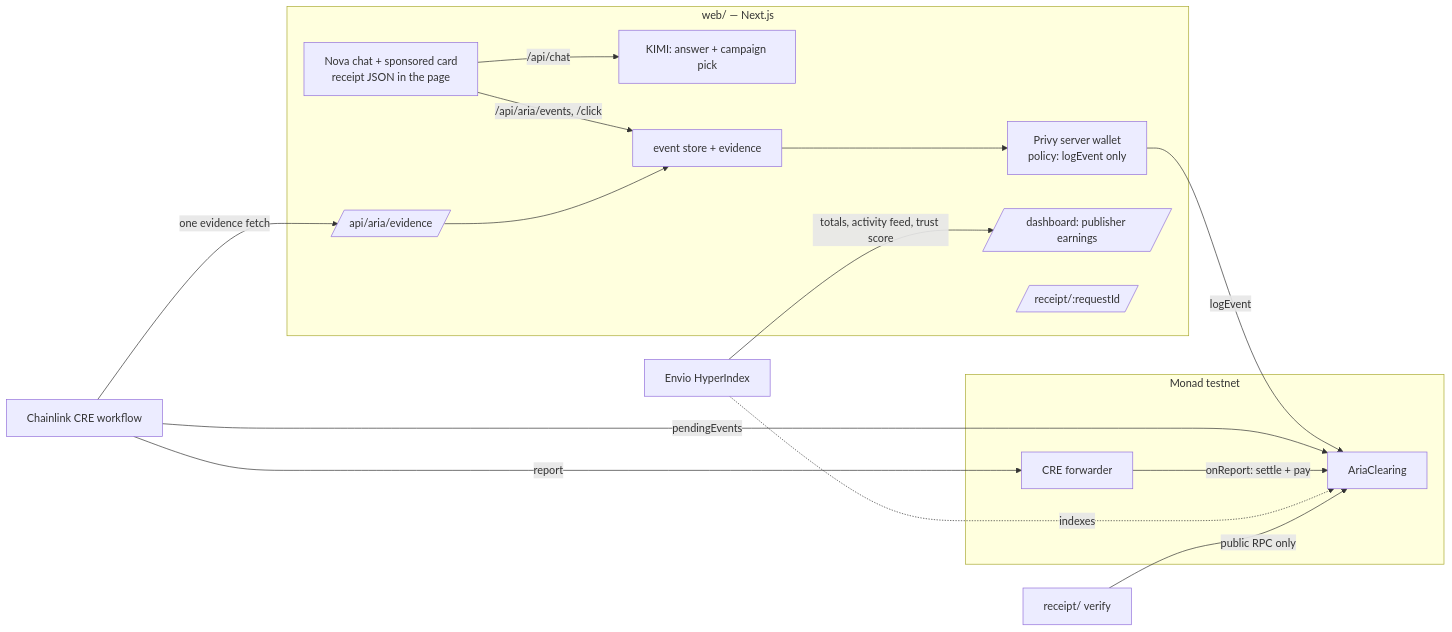
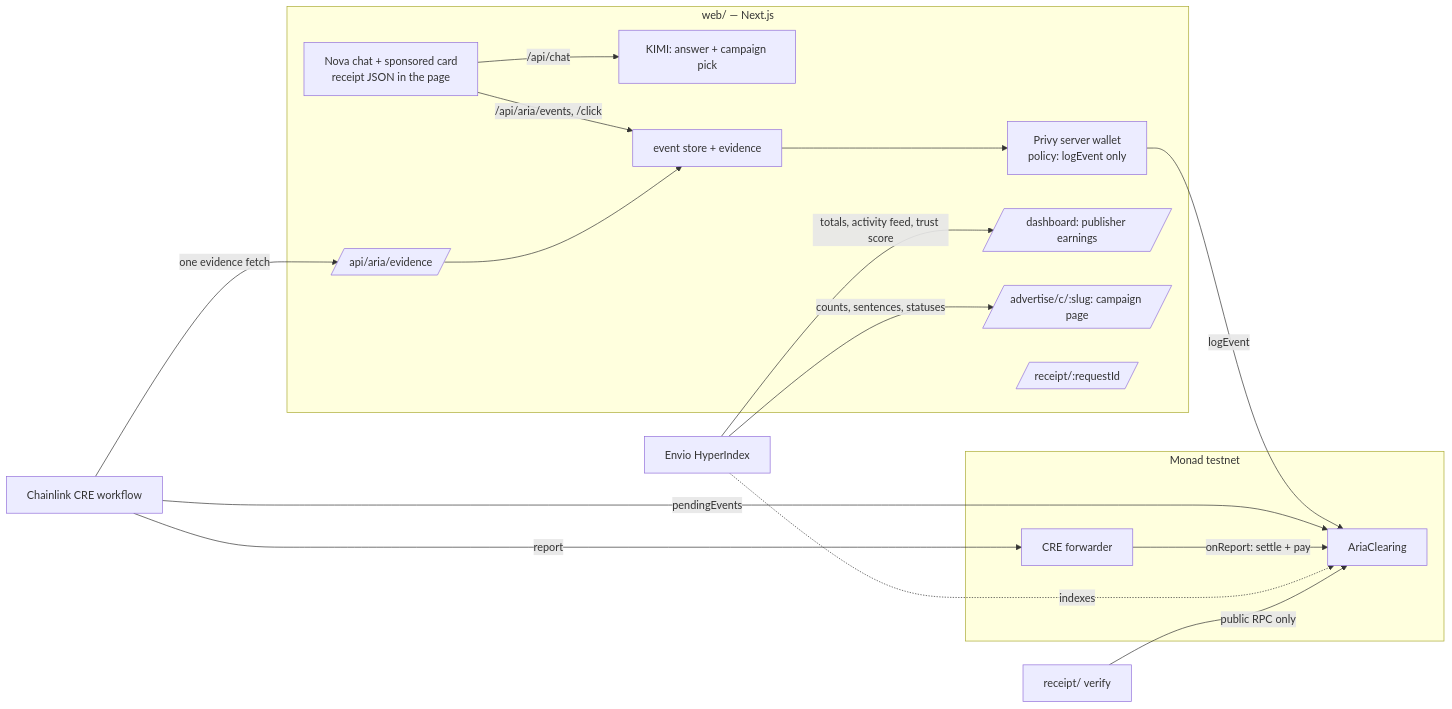
Before and after one commit to trustaria/aria-clearing: the diagram in README.md, drawn with Mermaid. The commit also changed other lines of this file, not shown here.

Commit message:
Document the campaign page's Envio source and its logs fallback

````diff
--- a/README.md
+++ b/README.md
@@ -192,22 +195,24 @@
 ```mermaid
 graph LR
     subgraph web [web/ — Next.js]
         Nova[Nova chat + sponsored card<br/>receipt JSON in the page] -->|/api/chat| Kimi[KIMI: answer + campaign pick]
         Nova -->|/api/aria/events, /click| Ev[event store + evidence]
         Ev --> Relay[Privy server wallet<br/>policy: logEvent only]
         EvAPI[/api/aria/evidence/] --> Ev
         Dash[/dashboard: publisher earnings/]
+        Camp[/advertise/c/:slug: campaign page/]
         Why[/receipt/:requestId/]
     end
     subgraph Monad testnet
         C[AriaClearing]
         F[CRE forwarder]
     end
     Relay -->|logEvent| C
     CRE[Chainlink CRE workflow] -->|pendingEvents| C
     CRE -->|one evidence fetch| EvAPI
     CRE -->|report| F -->|onReport: settle + pay| C
     Envio[Envio HyperIndex] -. indexes .-> C
     Envio -->|totals, activity feed, trust score| Dash
+    Envio -->|counts, sentences, statuses| Camp
     Verify[receipt/ verify] -->|public RPC only| C
 ```
````
